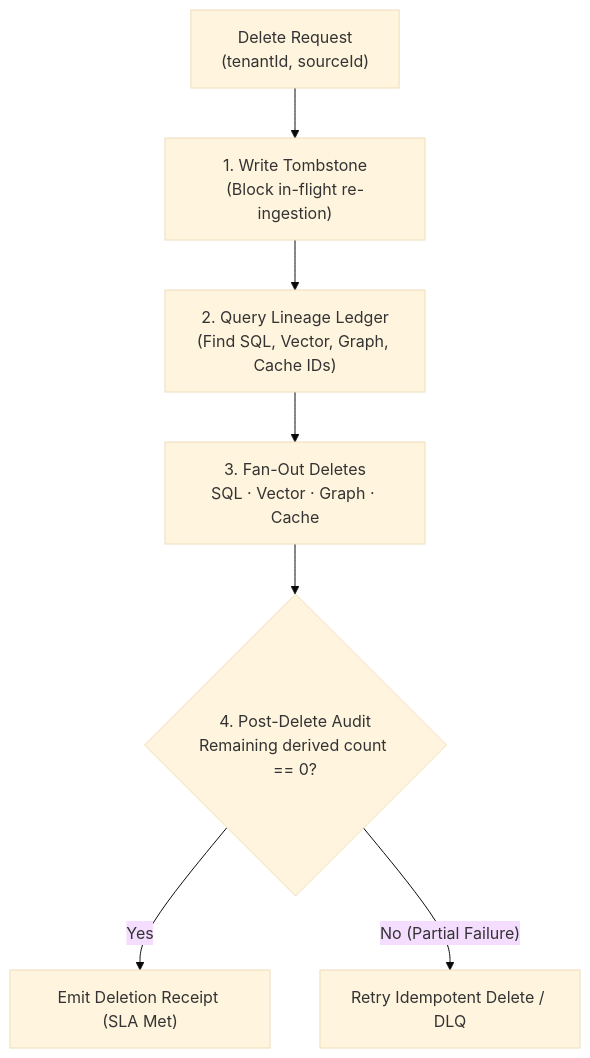
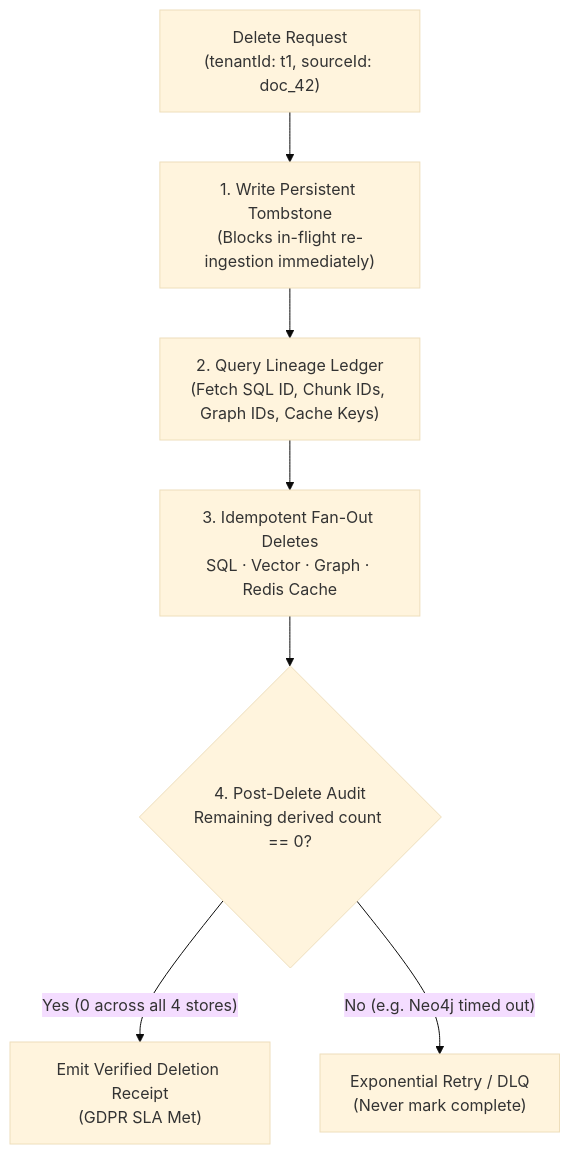
One commit to Amie-dev/FDE-and-GenAI-Mastery changed the first of 2 diagrams in Lecture 25 - AI Data Contracts and Lakehouse Lifecycle/notes/04_GDPR_and_Cascade_Deletion_Propagation.md. Above: the diagram before and after it, drawn with Mermaid (base theme). The commit also changed other lines of this file and 92 other files, not shown here.

````diff
--- a/Lecture 25 - AI Data Contracts and Lakehouse Lifecycle/notes/04_GDPR_and_Cascade_Deletion_Propagation.md
+++ b/Lecture 25 - AI Data Contracts and Lakehouse Lifecycle/notes/04_GDPR_and_Cascade_Deletion_Propagation.md
@@ -23,9 +28,9 @@
 ```mermaid
 flowchart TD
-    Req["Delete Request<br/>(tenantId, sourceId)"] --> Tomb["1. Write Tombstone<br/>(Block in-flight re-ingestion)"]
-    Tomb --> Lookup["2. Query Lineage Ledger<br/>(Find SQL, Vector, Graph, Cache IDs)"]
-    Lookup --> FanOut["3. Fan-Out Deletes<br/>SQL · Vector · Graph · Cache"]
+    Req["Delete Request<br/>(tenantId: t1, sourceId: doc_42)"] --> Tomb["1. Write Persistent Tombstone<br/>(Blocks in-flight re-ingestion immediately)"]
+    Tomb --> Lookup["2. Query Lineage Ledger<br/>(Fetch SQL ID, Chunk IDs, Graph IDs, Cache Keys)"]
+    Lookup --> FanOut["3. Idempotent Fan-Out Deletes<br/>SQL · Vector · Graph · Redis Cache"]
     FanOut --> Verify{"4. Post-Delete Audit<br/>Remaining derived count == 0?"}
-    Verify -->|"Yes"| Done["Emit Deletion Receipt (SLA Met)"]
-    Verify -->|"No (Partial Failure)"| Retry["Retry Idempotent Delete / DLQ"]
+    Verify -->|"Yes (0 across all 4 stores)"| Receipt["Emit Verified Deletion Receipt<br/>(GDPR SLA Met)"]
+    Verify -->|"No (e.g. Neo4j timed out)"| Retry["Exponential Retry / DLQ<br/>(Never mark complete)"]
 ```
````
